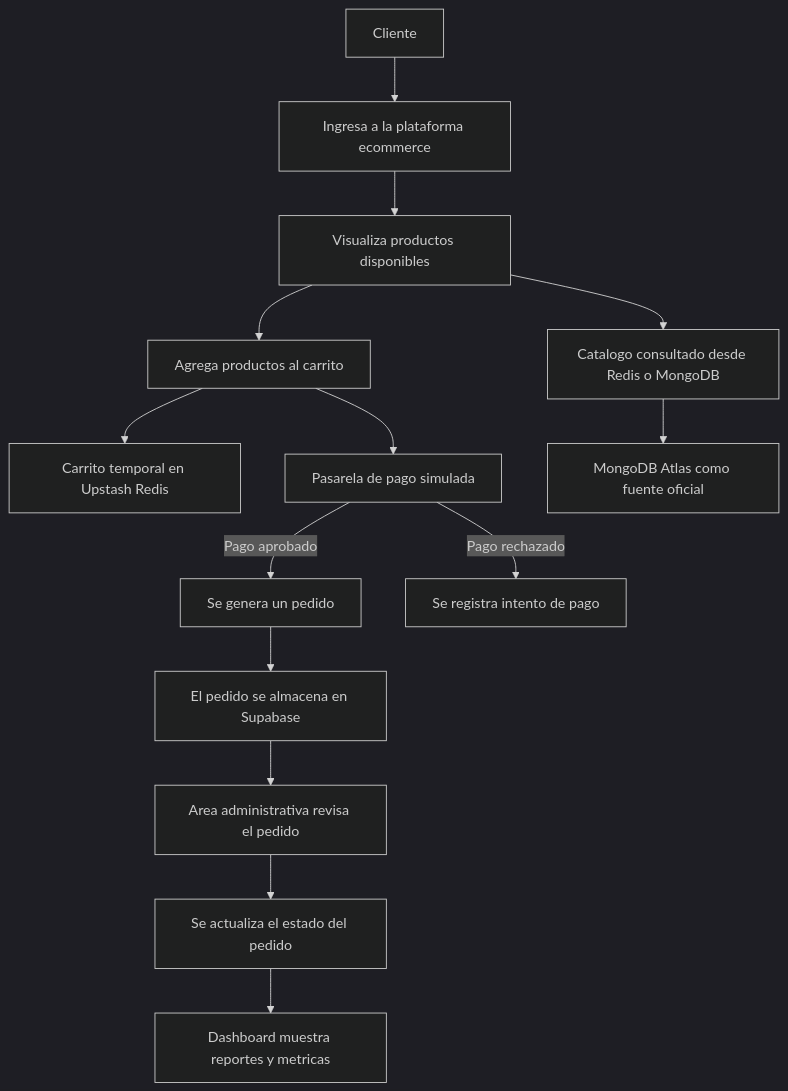
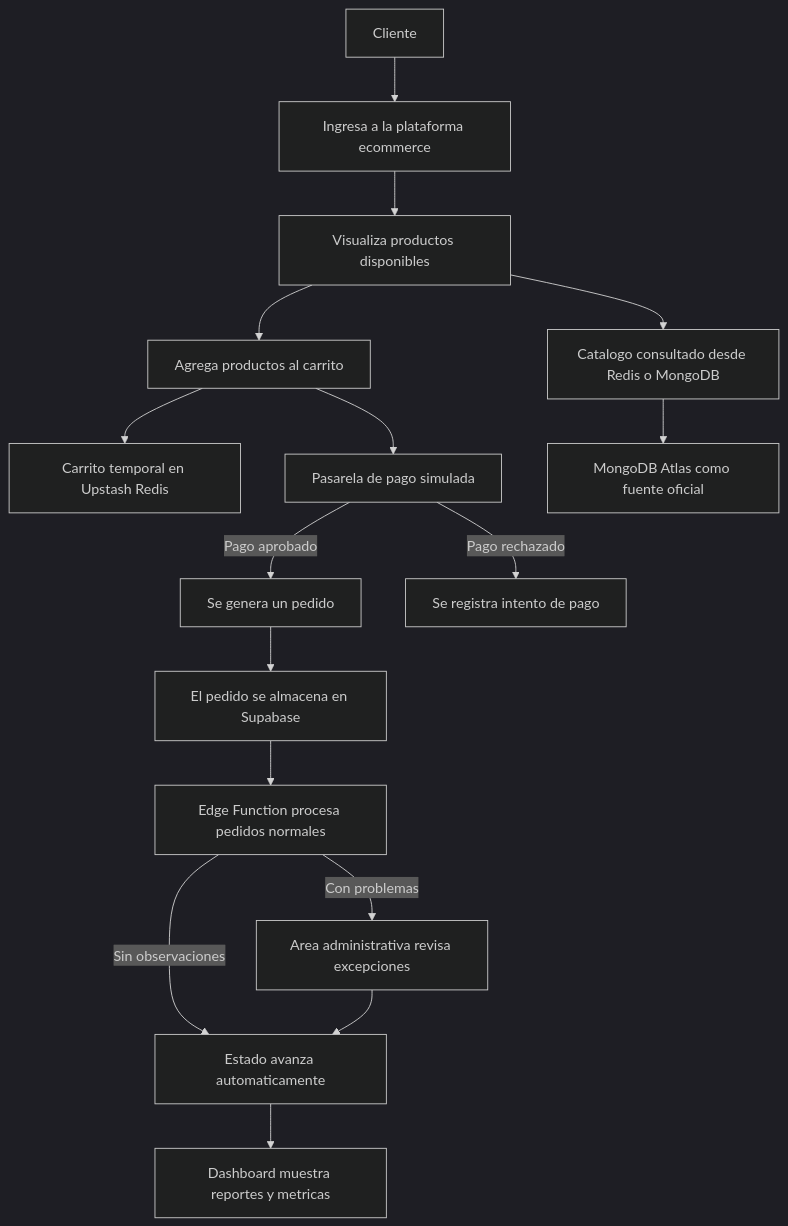
Before and after one commit to jbaldeon365/Proyecto-E-commerce-demo-1: the diagram in README.md, drawn with Mermaid (dark theme). The commit also changed other lines of this file and 5 other files, not shown here.

Commit message:
Agrega automatizacion de pedidos y revision administrativa

````diff
--- a/README.md
+++ b/README.md
@@ -175,16 +228,18 @@
 ```mermaid
 flowchart TD
     A[Cliente] --> B[Ingresa a la plataforma ecommerce]
     B --> C[Visualiza productos disponibles]
     C --> D[Agrega productos al carrito]
     D --> R[Carrito temporal en Upstash Redis]
     D --> E[Pasarela de pago simulada]
     E -->|Pago aprobado| F[Se genera un pedido]
     E -->|Pago rechazado| P[Se registra intento de pago]
     F --> G[El pedido se almacena en Supabase]
     C --> H[Catalogo consultado desde Redis o MongoDB]
     H --> M[MongoDB Atlas como fuente oficial]
-    G --> I[Area administrativa revisa el pedido]
-    I --> J[Se actualiza el estado del pedido]
+    G --> A1[Edge Function procesa pedidos normales]
+    A1 -->|Sin observaciones| J[Estado avanza automaticamente]
+    A1 -->|Con problemas| I[Area administrativa revisa excepciones]
+    I --> J
     J --> K[Dashboard muestra reportes y metricas]
 ```
````
